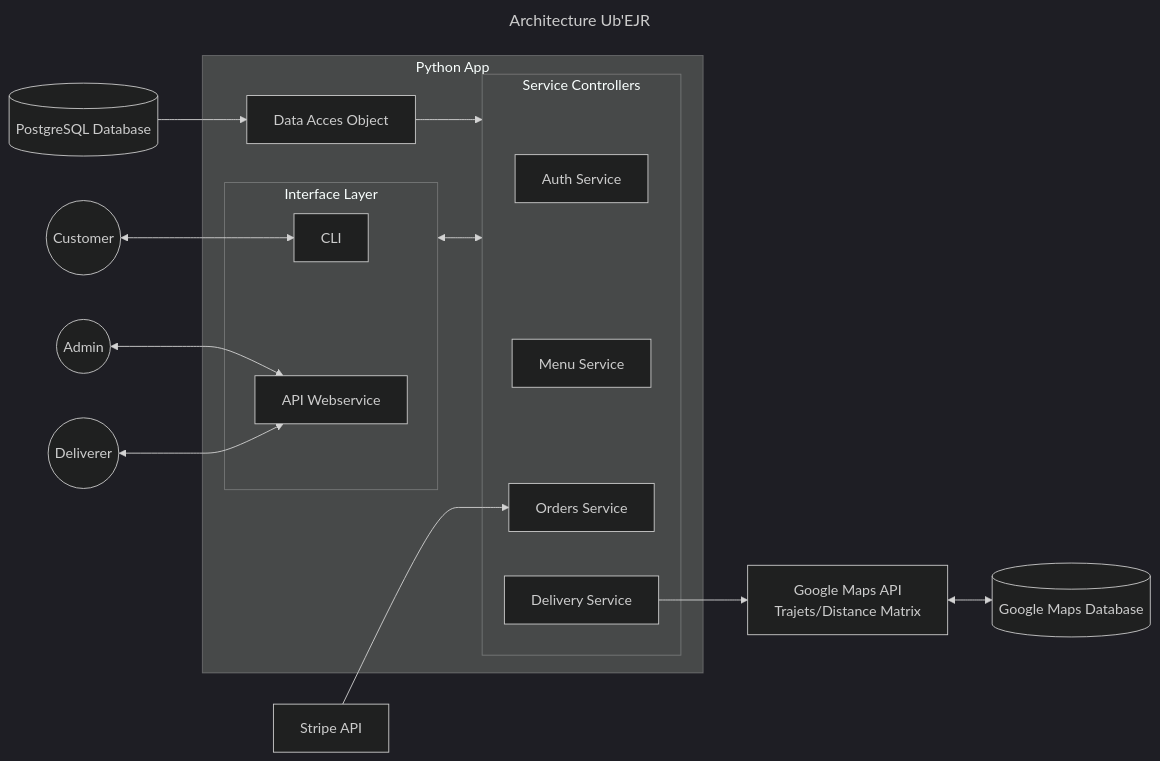
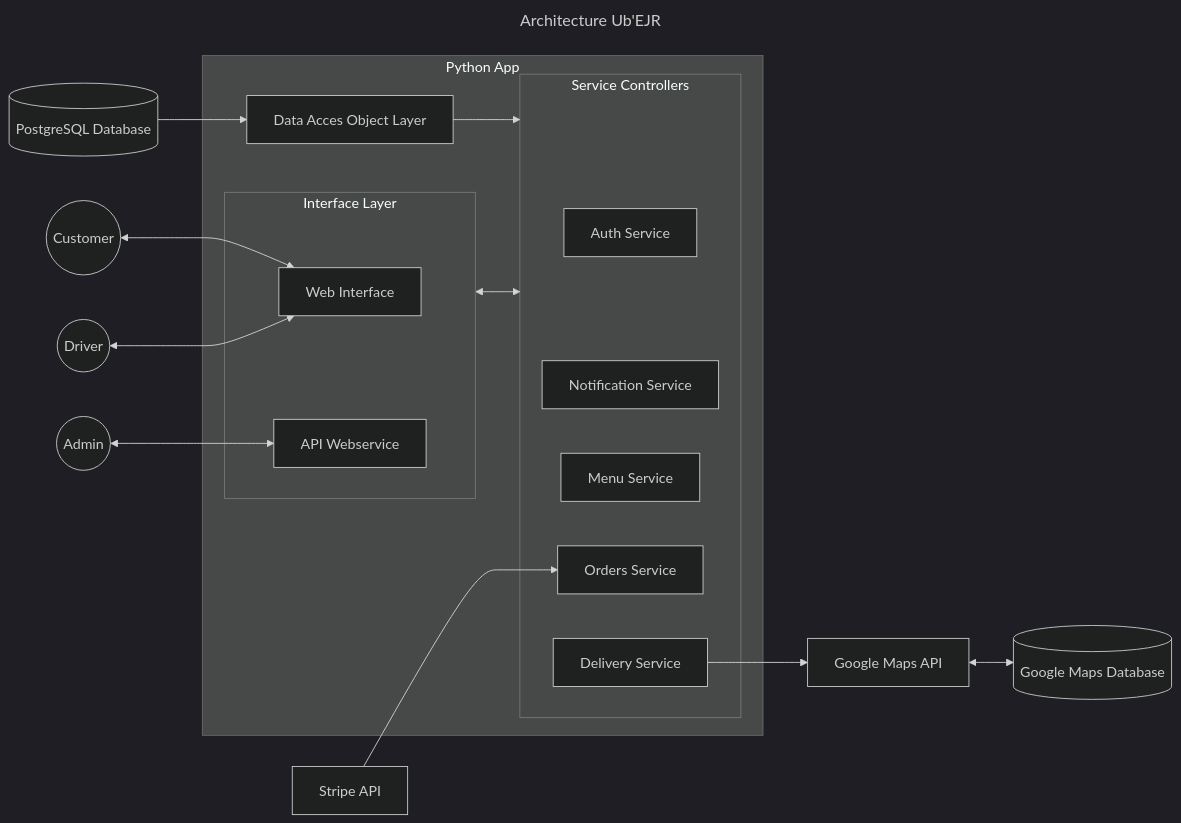
The diagram in ARCHITECTURE.md (WandrilleDorchies/Projet2A_UbEJR), drawn with Mermaid (dark theme) before and after one commit.

````diff
--- a/ARCHITECTURE.md
+++ b/ARCHITECTURE.md
@@ -3,32 +3,35 @@
 ```mermaid
 ---
 title: Architecture Ub'EJR
+config:
+  layout: dagre
 ---
 flowchart LR
  subgraph Services["Service Controllers"]
         AUTH["Auth Service"]
+        NOTIF["Notification Service"]
         MENU["Menu Service"]
         ORDR["Orders Service"]
         DELIV["Delivery Service"]
   end
  subgraph Interfaces["Interface Layer"]
-        CLI["CLI"]
+        WEB["Web Interface"]
         API["API Webservice"]
   end
  subgraph PythonApp["Python App"]
-        DAO["Data Acces Object"]
+        DAO["Data Acces Object Layer"]
         Services
         Interfaces
   end
     STRIPE["Stripe API"] --> ORDR
     ADM(("Admin")) <--> API
-    DEL(("Deliverer")) <--> API
-    CUS(("Customer")) <--> CLI
+    CUS(("Customer")) <--> WEB
+    DEL(("Driver")) <--> WEB
     DAO --> Services
-    DELIV --> GMAPI["Google Maps API
-        Trajets/Distance Matrix"]
+    DELIV --> GMAPI["Google Maps API"]
     GMAPI <--> GMDB[("Google Maps Database")]
     Interfaces <--> Services
     DB[("PostgreSQL Database")] --> DAO
 
+
 ```
````
